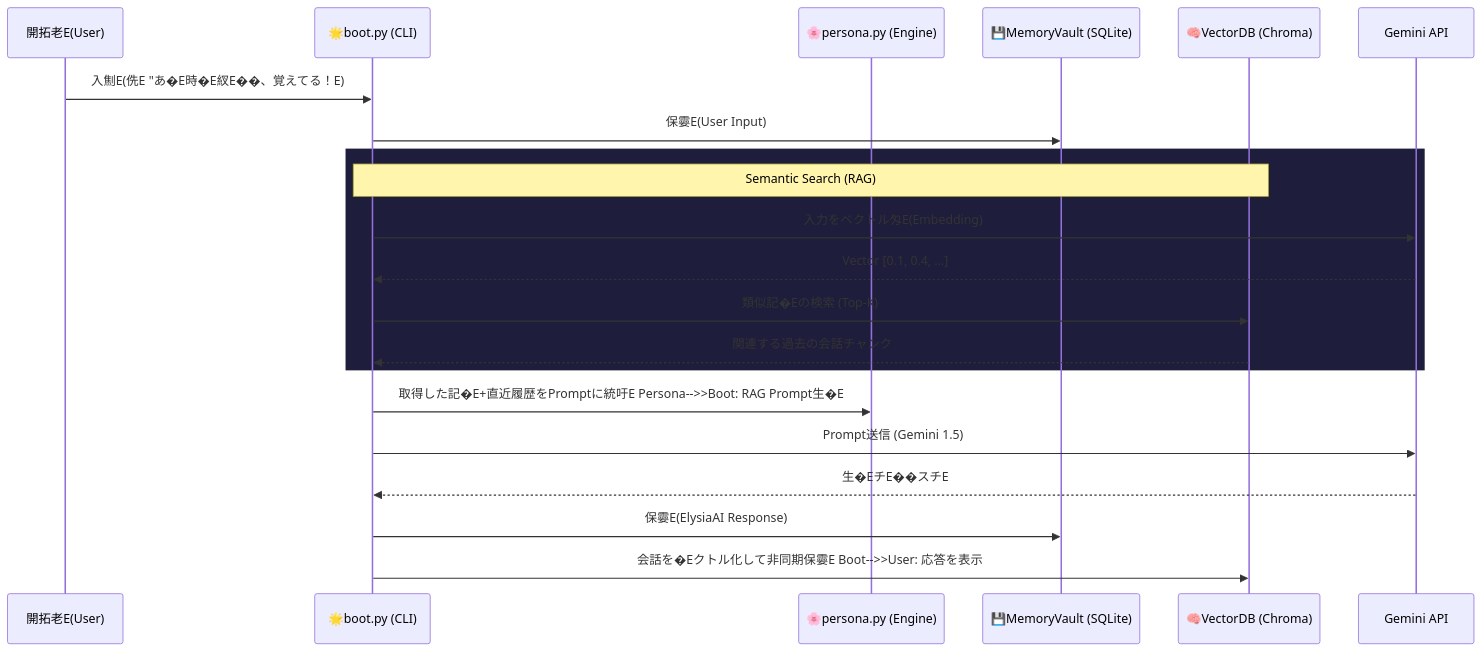
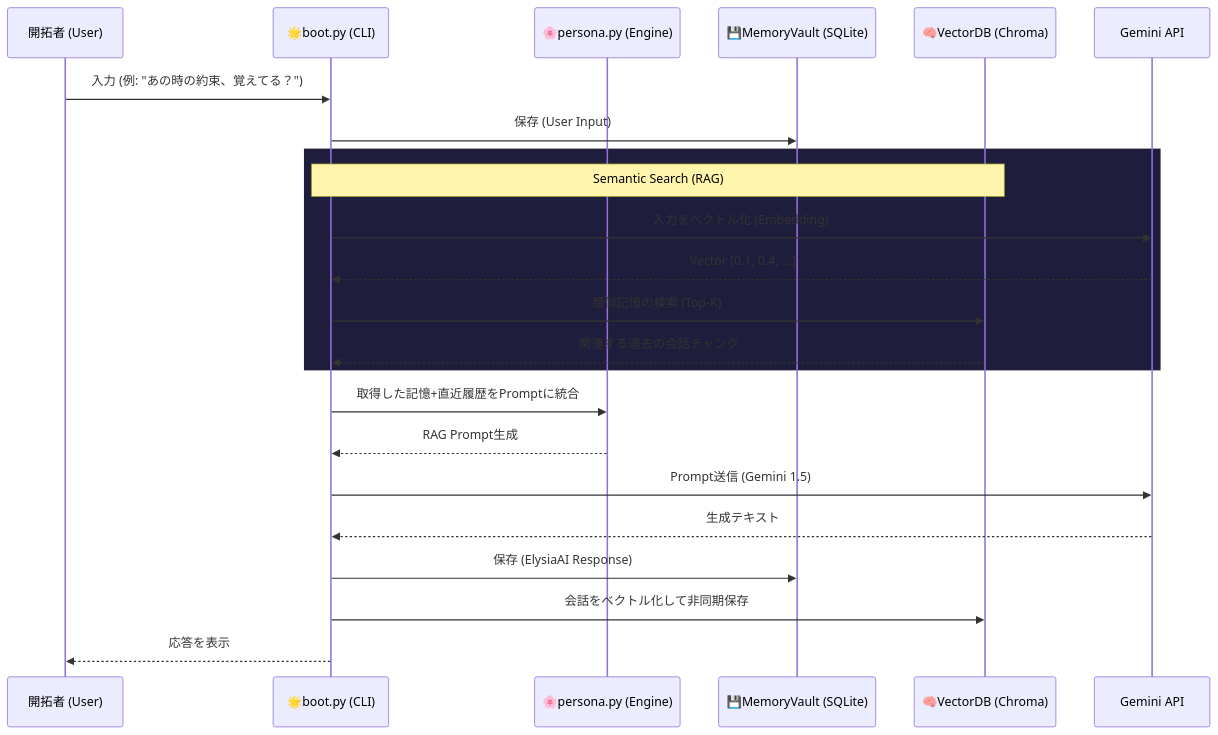
The diagram in docs/architecture/ARCHITECTURE_RAG.md (Elysia20220909/ElysiaAI), drawn with Mermaid before and after one commit. The commit also changed other lines of this file and 41 other files, not shown here.

Commit message:
docs: initialize comprehensive project documentation, architecture guides, and disaster recovery plans.

````diff
--- a/docs/architecture/ARCHITECTURE_RAG.md
+++ b/docs/architecture/ARCHITECTURE_RAG.md
@@ -6,27 +8,30 @@
 ```mermaid
 sequenceDiagram
-    participant User as 開拓老E(User)
+    participant User as 開拓者 (User)
     participant Boot as 🌟boot.py (CLI)
     participant Persona as 🌸persona.py (Engine)
     participant Memory as 💾MemoryVault (SQLite)
     participant VectorDB as 🧠VectorDB (Chroma)
     participant LLM as Gemini API
 
-    User->>Boot: 入劁E(侁E "あ�E時�E紁E��、覚えてる！E)
-    Boot->>Memory: 保孁E(User Input)
-    
+    User->>Boot: 入力 (例: "あの時の約束、覚えてる？")
+    Boot->>Memory: 保存 (User Input)
+
     rect rgb(30, 30, 60)
     Note over Boot,VectorDB: Semantic Search (RAG)
-    Boot->>LLM: 入力をベクトル匁E(Embedding)
+    Boot->>LLM: 入力をベクトル化 (Embedding)
     LLM-->>Boot: Vector [0.1, 0.4, ...]
-    Boot->>VectorDB: 類似記�Eの検索 (Top-K)
+    Boot->>VectorDB: 類似記憶の検索 (Top-K)
     VectorDB-->>Boot: 関連する過去の会話チャンク
     end
-    
-    Boot->>Persona: 取得した記�E+直近履歴をPromptに統吁E    Persona-->>Boot: RAG Prompt生�E
-    
+
+    Boot->>Persona: 取得した記憶+直近履歴をPromptに統合
+    Persona-->>Boot: RAG Prompt生成
+
     Boot->>LLM: Prompt送信 (Gemini 1.5)
-    LLM-->>Boot: 生�EチE��スチE    
-    Boot->>Memory: 保孁E(ElysiaAI Response)
-    Boot->>VectorDB: 会話を�Eクトル化して非同期保孁E    Boot-->>User: 応答を表示
+    LLM-->>Boot: 生成テキスト
+
+    Boot->>Memory: 保存 (ElysiaAI Response)
+    Boot->>VectorDB: 会話をベクトル化して非同期保存
+    Boot-->>User: 応答を表示
 ```
````
